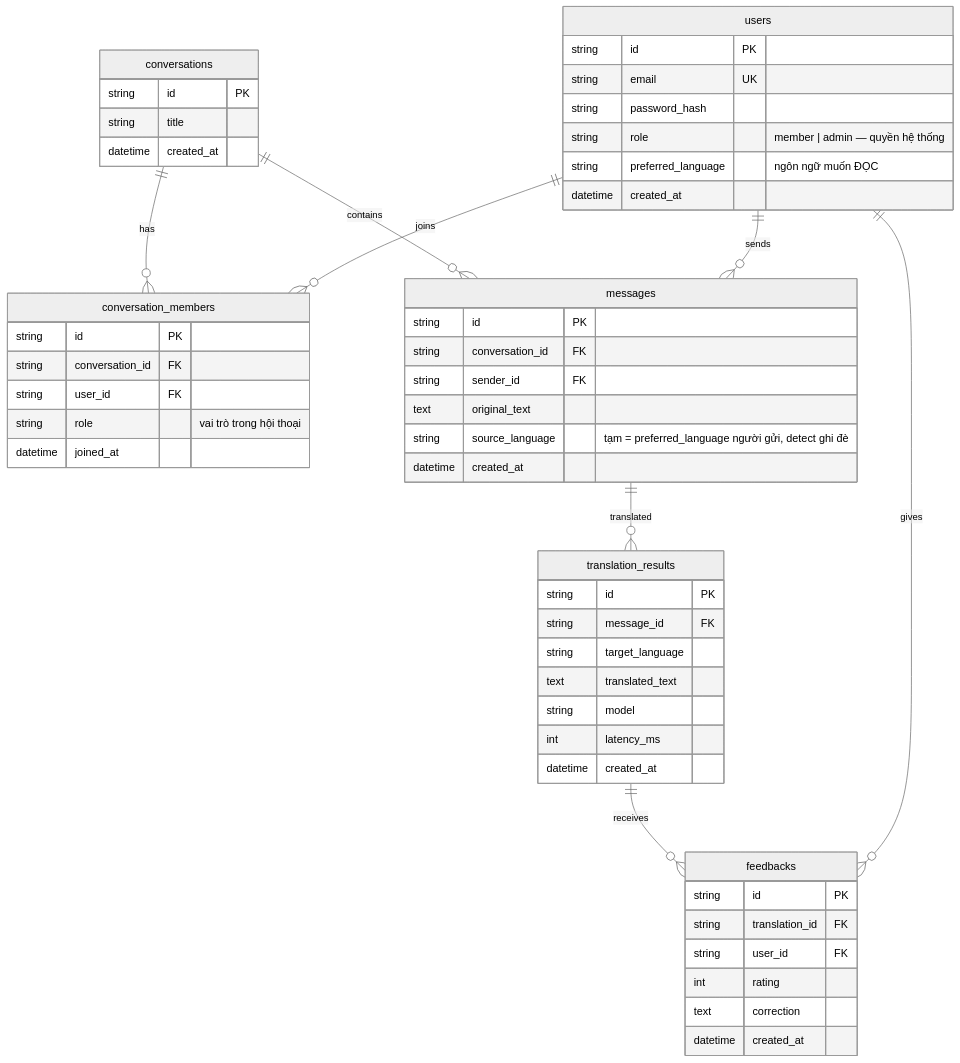
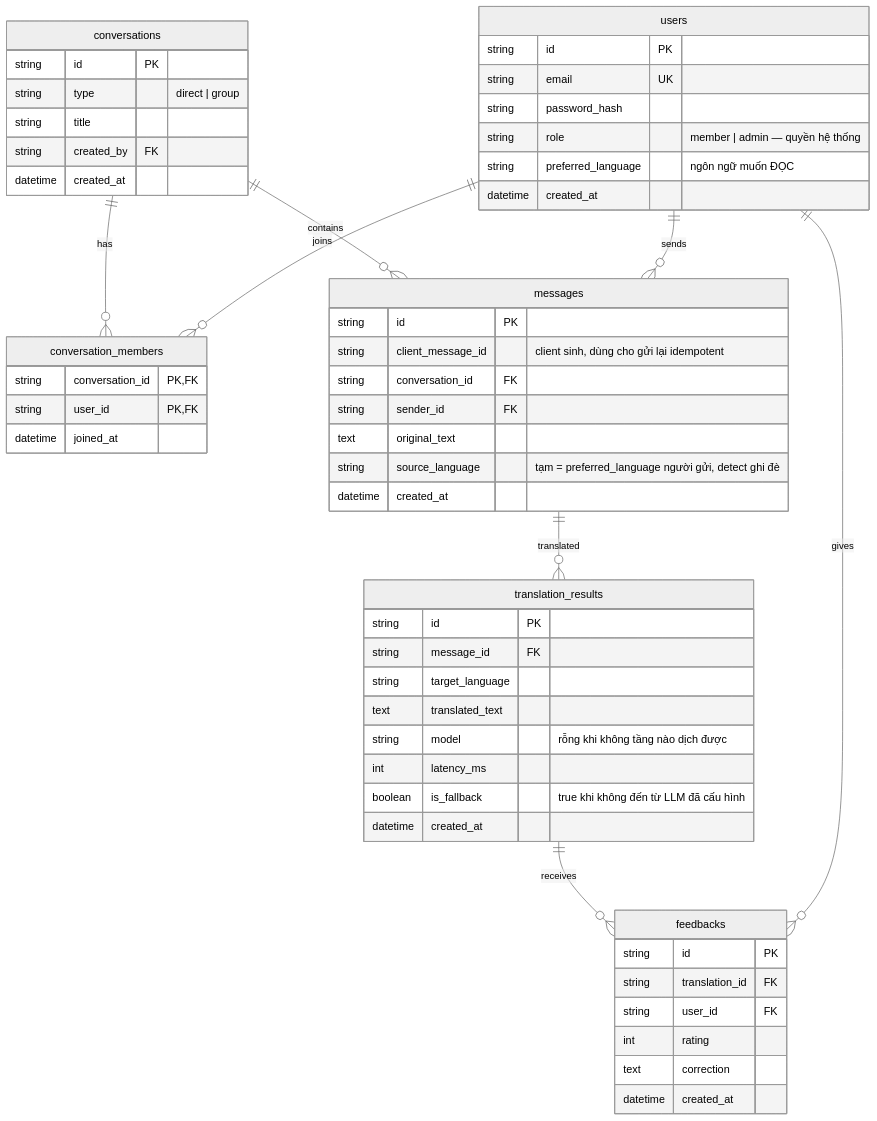
Before and after one commit to minh20003/linguaflow-ai: the fourth of 6 diagrams in docs/architecture_diagram.md, drawn with Mermaid (neutral theme). The commit also changed other lines of this file and 6 other files, not shown here.

````diff
--- a/docs/architecture_diagram.md
+++ b/docs/architecture_diagram.md
@@ -122,56 +122,58 @@
 ```mermaid
 erDiagram
     users ||--o{ conversation_members : joins
     users ||--o{ messages : sends
     users ||--o{ feedbacks : gives
     conversations ||--o{ conversation_members : has
     conversations ||--o{ messages : contains
     messages ||--o{ translation_results : translated
     translation_results ||--o{ feedbacks : receives
 
     users {
         string id PK
         string email UK
         string password_hash
         string role "member | admin — quyền hệ thống"
         string preferred_language "ngôn ngữ muốn ĐỌC"
         datetime created_at
     }
     conversations {
         string id PK
+        string type "direct | group"
         string title
+        string created_by FK
         datetime created_at
     }
     conversation_members {
-        string id PK
-        string conversation_id FK
-        string user_id FK
-        string role "vai trò trong hội thoại"
+        string conversation_id PK,FK
+        string user_id PK,FK
         datetime joined_at
     }
     messages {
         string id PK
+        string client_message_id "client sinh, dùng cho gửi lại idempotent"
         string conversation_id FK
         string sender_id FK
         text original_text
         string source_language "tạm = preferred_language người gửi, detect ghi đè"
         datetime created_at
     }
     translation_results {
         string id PK
         string message_id FK
         string target_language
         text translated_text
-        string model
+        string model "rỗng khi không tầng nào dịch được"
         int latency_ms
+        boolean is_fallback "true khi không đến từ LLM đã cấu hình"
         datetime created_at
     }
     feedbacks {
         string id PK
         string translation_id FK
         string user_id FK
         int rating
         text correction
         datetime created_at
     }
 ```
````
